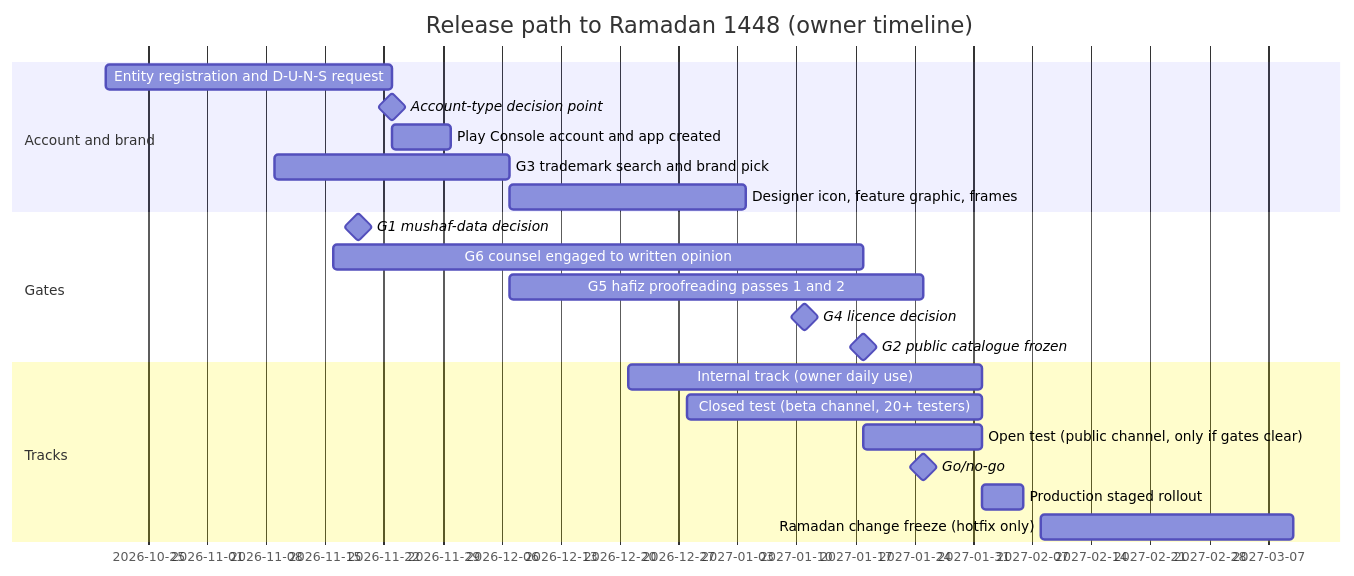
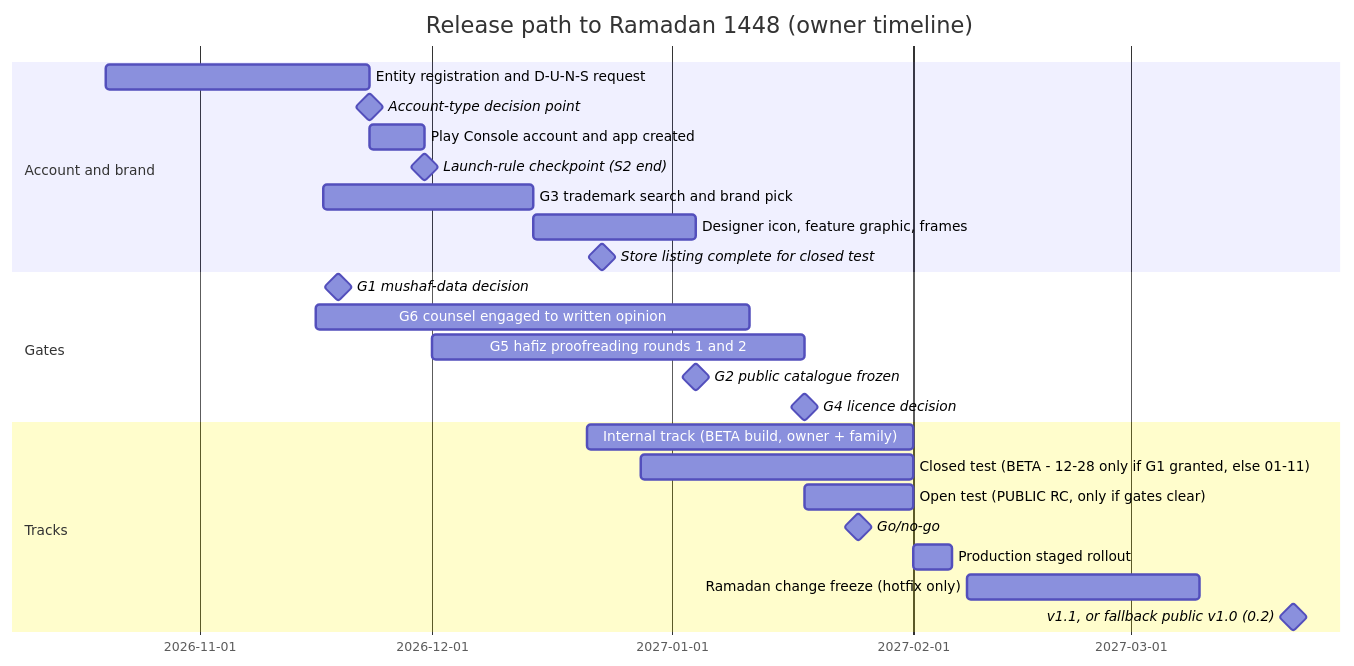
Before and after one commit to Chughtaie/criterion: the diagram in docs/plan/11-release-compliance-business.md, drawn with Mermaid. The commit also changed other lines of this file and 12 other files, not shown here.

````diff
--- a/docs/plan/11-release-compliance-business.md
+++ b/docs/plan/11-release-compliance-business.md
@@ -21,24 +21,27 @@
 ```mermaid
 gantt
   dateFormat YYYY-MM-DD
   title Release path to Ramadan 1448 (owner timeline)
   section Account and brand
   Entity registration and D-U-N-S request     :a1, 2026-10-20, 2026-11-23
   Account-type decision point                 :milestone, m0, 2026-11-23, 0d
   Play Console account and app created        :a2, 2026-11-23, 2026-11-30
-  G3 trademark search and brand pick          :a3, 2026-11-09, 2026-12-07
-  Designer icon, feature graphic, frames      :a4, 2026-12-07, 2027-01-04
+  Launch-rule checkpoint (S2 end)             :milestone, m1, 2026-11-30, 0d
+  G3 trademark search and brand pick          :a3, 2026-11-17, 2026-12-14
+  Designer icon, feature graphic, frames      :a4, 2026-12-14, 2027-01-04
+  Store listing complete for closed test      :milestone, m2, 2026-12-23, 0d
   section Gates
   G1 mushaf-data decision                     :milestone, g1, 2026-11-19, 0d
-  G6 counsel engaged to written opinion       :g6, 2026-11-16, 2027-01-18
-  G5 hafiz proofreading passes 1 and 2        :g5, 2026-12-07, 2027-01-25
-  G4 licence decision                         :milestone, g4, 2027-01-11, 0d
-  G2 public catalogue frozen                  :milestone, g2, 2027-01-18, 0d
+  G6 counsel engaged to written opinion       :g6, 2026-11-16, 2027-01-11
+  G5 hafiz proofreading rounds 1 and 2        :g5, 2026-12-01, 2027-01-18
+  G2 public catalogue frozen                  :milestone, g2, 2027-01-04, 0d
+  G4 licence decision                         :milestone, g4, 2027-01-18, 0d
   section Tracks
-  Internal track (owner daily use)            :t1, 2026-12-21, 2027-02-01
-  Closed test (beta channel, 20+ testers)     :t2, 2026-12-28, 2027-02-01
-  Open test (public channel, only if gates clear) :t3, 2027-01-18, 2027-02-01
+  Internal track (BETA build, owner + family) :t1, 2026-12-21, 2027-02-01
+  Closed test (BETA - 12-28 only if G1 granted, else 01-11) :t2, 2026-12-28, 2027-02-01
+  Open test (PUBLIC RC, only if gates clear)  :t3, 2027-01-18, 2027-02-01
   Go/no-go                                    :milestone, gng, 2027-01-25, 0d
   Production staged rollout                   :t4, 2027-02-01, 2027-02-06
   Ramadan change freeze (hotfix only)         :t5, 2027-02-08, 2027-03-10
+  v1.1, or fallback public v1.0 (0.2)        :milestone, fb, 2027-03-22, 0d
 ```
````
